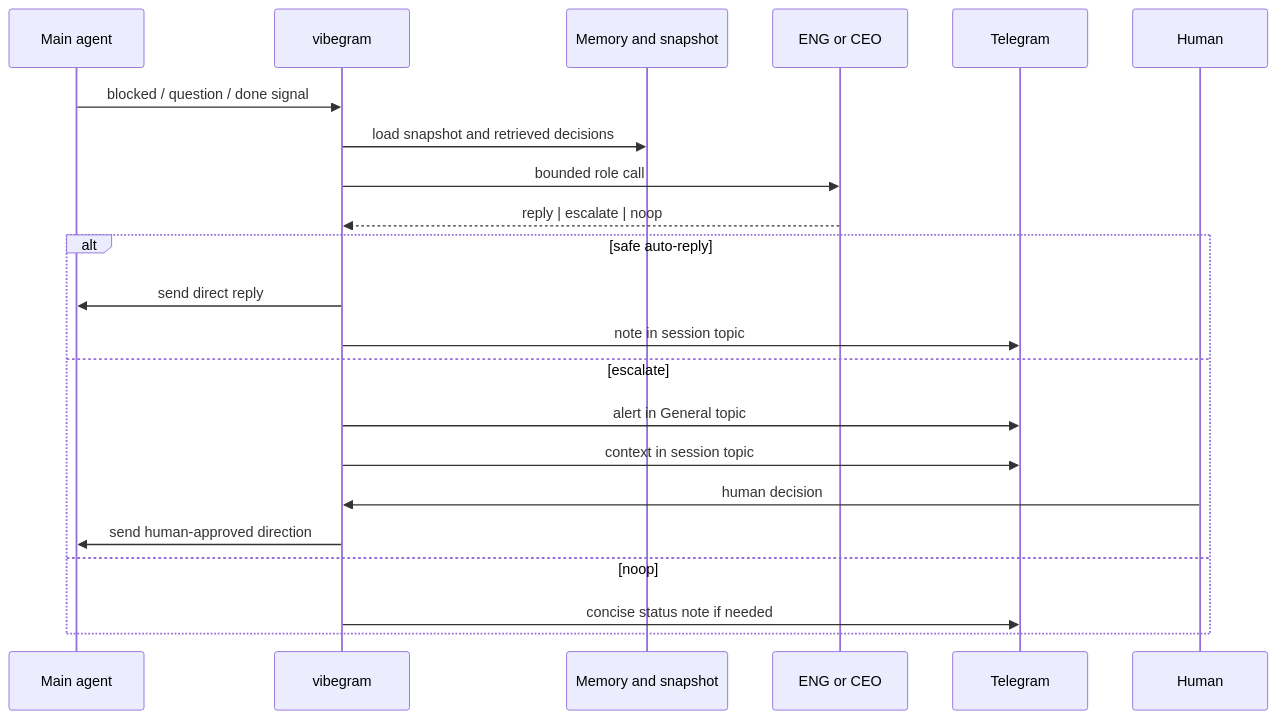
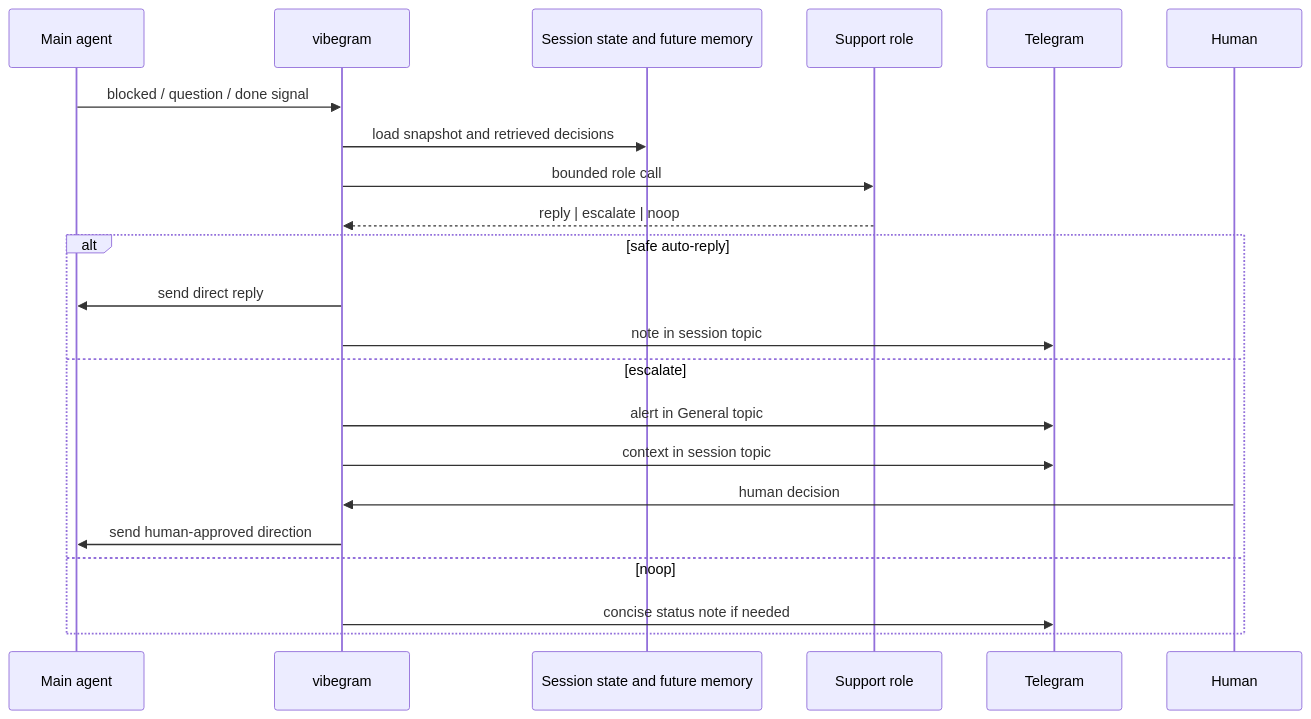
Before and after one commit to canhta/vibegram: the sixth of 10 diagrams in docs/diagrams.md, drawn with Mermaid. The commit also changed other lines of this file and 20 other files, not shown here.

````diff
--- a/docs/diagrams.md
+++ b/docs/diagrams.md
@@ -132,26 +132,26 @@
 ```mermaid
 sequenceDiagram
     participant Main as Main agent
     participant V as vibegram
-    participant M as Memory and snapshot
-    participant R as ENG or CEO
+    participant M as Session state and future memory
+    participant R as Support role
     participant T as Telegram
     participant H as Human
 
     Main->>V: blocked / question / done signal
     V->>M: load snapshot and retrieved decisions
     V->>R: bounded role call
     R-->>V: reply | escalate | noop
 
     alt safe auto-reply
         V->>Main: send direct reply
         V->>T: note in session topic
     else escalate
         V->>T: alert in General topic
         V->>T: context in session topic
         H->>V: human decision
         V->>Main: send human-approved direction
     else noop
         V->>T: concise status note if needed
     end
 ```
````
